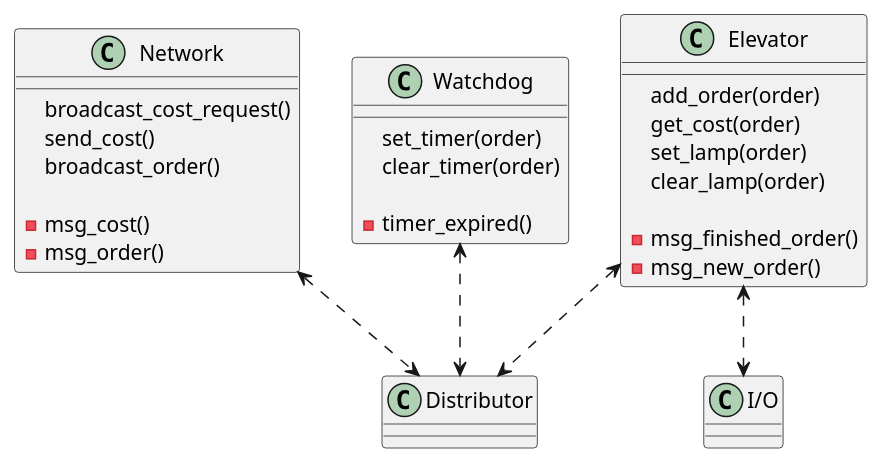
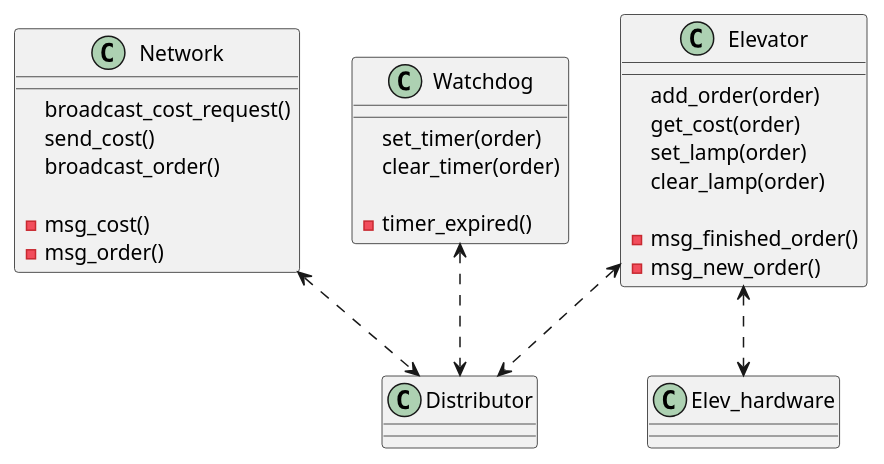
One commit to bjornksa/TTK4145 changed the diagram in uml-mm/moduler.iuml. Above: the diagram before and after it, drawn with PlantUML.

Commit message:
rename elev

```diff
--- a/uml-mm/moduler.iuml
+++ b/uml-mm/moduler.iuml
@@ -1,38 +1,38 @@
 @startuml modules
 
 class Elevator {
   add_order(order)
   get_cost(order)
   set_lamp(order)
   clear_lamp(order)
 
   - msg_finished_order()
   - msg_new_order()
 }
 
 class Distributor
 
 class Network {
   broadcast_cost_request()
   send_cost()
   broadcast_order()
 
   - msg_cost()
   - msg_order()
 }
 
-class I/O
+class Elev_hardware
 
 class Watchdog {
   set_timer(order)
   clear_timer(order)
 
   - timer_expired()
 }
 
 Watchdog <..> Distributor
 Network <..> Distributor
 Elevator <..> Distributor
-Elevator <..> "I/O"
+Elevator <..> Elev_hardware
 
 @enduml
```
